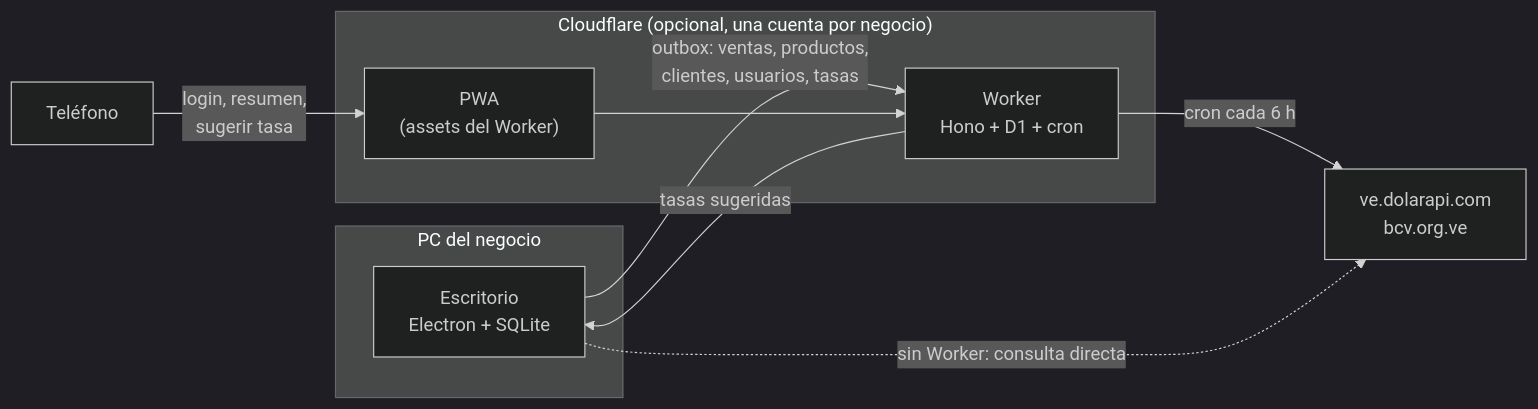
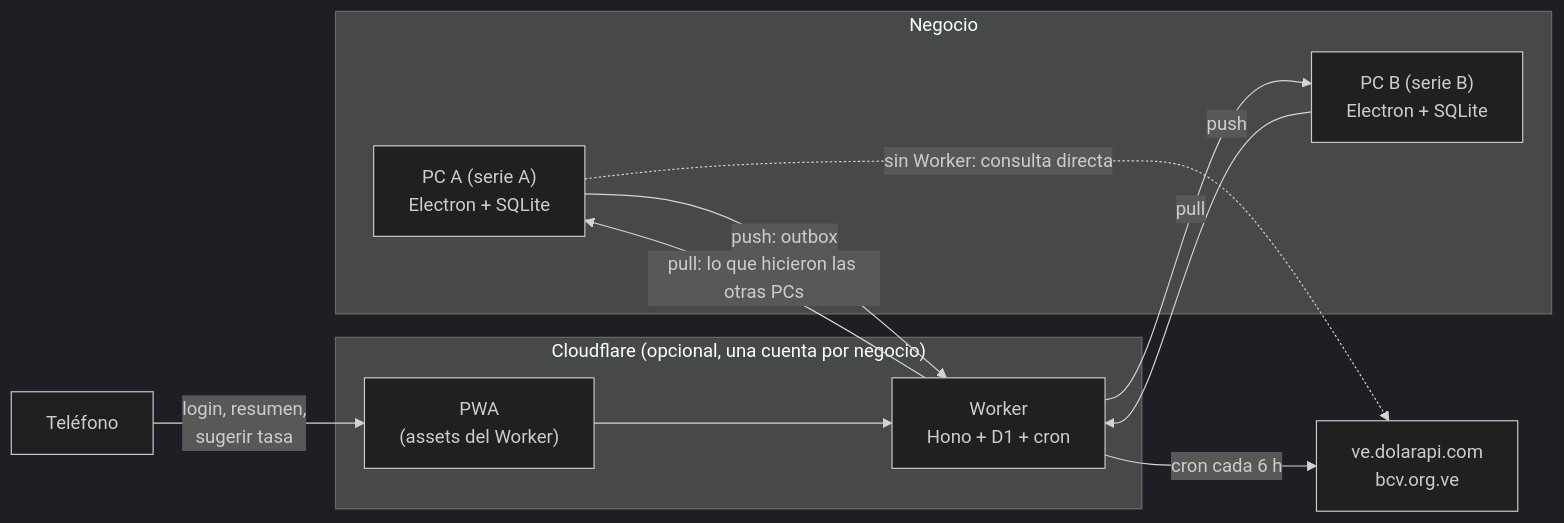
One commit to juanlvs21/bllt changed the diagram in ARCHITECTURE.md. Above: the diagram before and after it, drawn with Mermaid (dark theme). The commit also changed other lines of this file and 99 other files, not shown here.

First line of the commit message:
Varias PCs con los mismos datos a través del Worker

````diff
--- a/ARCHITECTURE.md
+++ b/ARCHITECTURE.md
@@ -19,19 +19,22 @@
 ```mermaid
 flowchart LR
-  subgraph PC["PC del negocio"]
-    D["Escritorio<br/>Electron + SQLite"]
+  subgraph NEG["Negocio"]
+    A["PC A (serie A)<br/>Electron + SQLite"]
+    B["PC B (serie B)<br/>Electron + SQLite"]
   end
   subgraph CF["Cloudflare (opcional, una cuenta por negocio)"]
     W["Worker<br/>Hono + D1 + cron"]
     P["PWA<br/>(assets del Worker)"]
   end
   T["Teléfono"]
   API["ve.dolarapi.com<br/>bcv.org.ve"]
 
-  D -- "outbox: ventas, productos,<br/>clientes, usuarios, tasas" --> W
-  W -- "tasas sugeridas" --> D
+  A -- "push: outbox" --> W
+  W -- "pull: lo que hicieron las otras PCs" --> A
+  B -- "push" --> W
+  W -- "pull" --> B
   W -- "cron cada 6 h" --> API
-  D -. "sin Worker: consulta directa" .-> API
+  A -. "sin Worker: consulta directa" .-> API
   T -- "login, resumen,<br/>sugerir tasa" --> P
   P --> W
 ```
````
